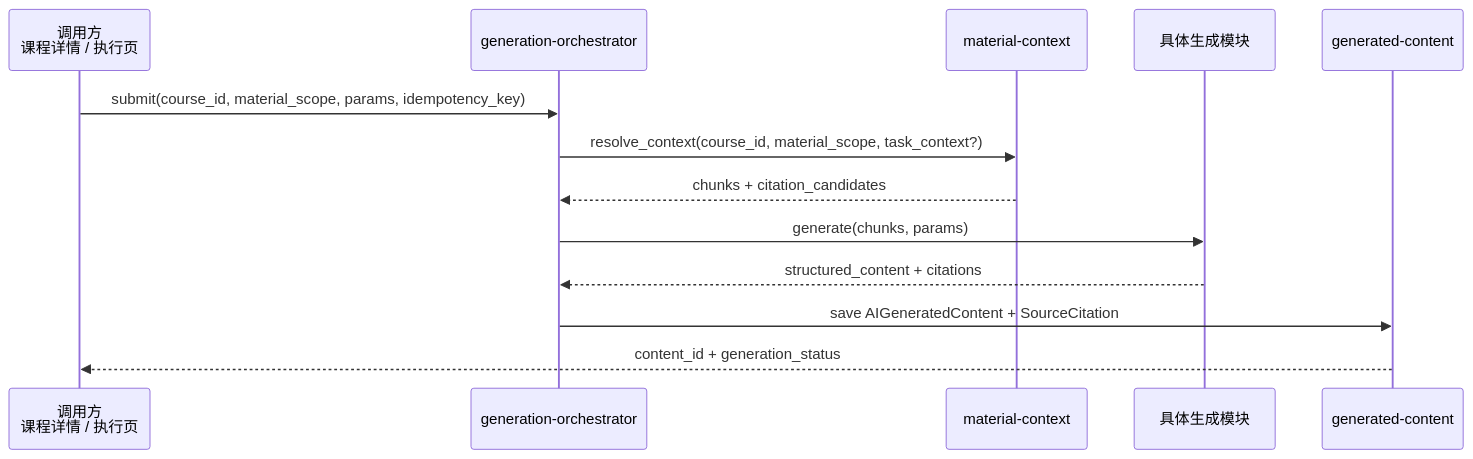
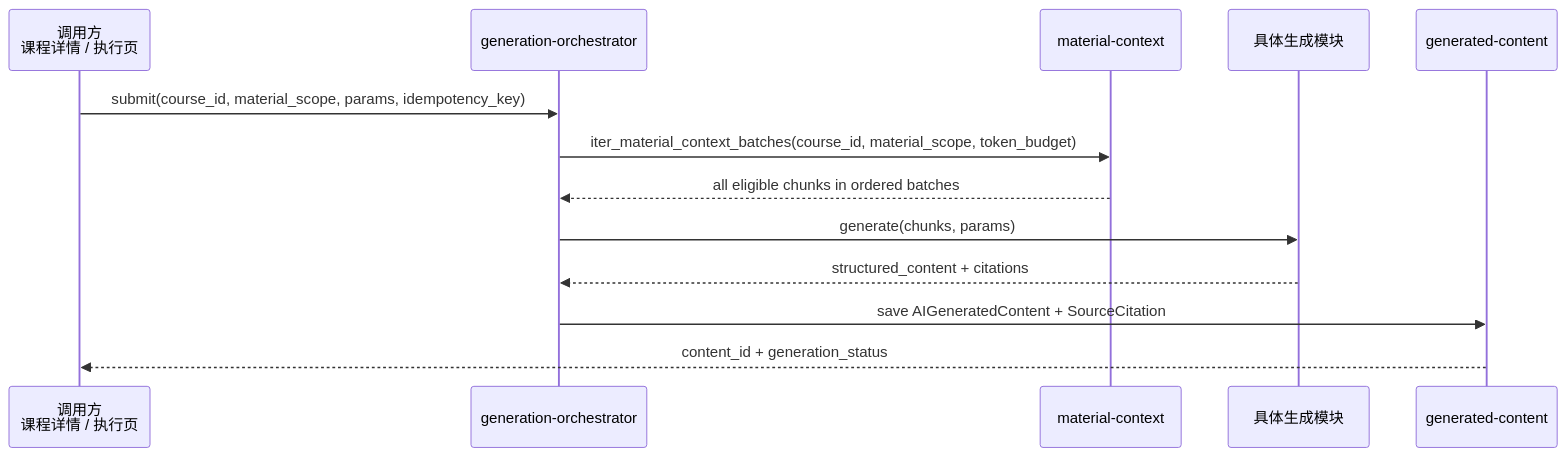
One commit to cyruan815/CourseNexus changed the second of 2 diagrams in docs/architecture/module-boundaries.md. Above: the diagram before and after it, drawn with Mermaid. The commit also changed other lines of this file and 15 other files, not shown here.

Commit message:
docs(architecture): 记录本地 RAG 业务与技术方案

````diff
--- a/docs/architecture/module-boundaries.md
+++ b/docs/architecture/module-boundaries.md
@@ -135,16 +135,16 @@
 ```mermaid
 sequenceDiagram
     participant Caller as 调用方<br/>课程详情 / 执行页
     participant Orchestrator as generation-orchestrator
     participant Context as material-context
     participant Generator as 具体生成模块
     participant Store as generated-content
 
     Caller->>Orchestrator: submit(course_id, material_scope, params, idempotency_key)
-    Orchestrator->>Context: resolve_context(course_id, material_scope, task_context?)
-    Context-->>Orchestrator: chunks + citation_candidates
+    Orchestrator->>Context: iter_material_context_batches(course_id, material_scope, token_budget)
+    Context-->>Orchestrator: all eligible chunks in ordered batches
     Orchestrator->>Generator: generate(chunks, params)
     Generator-->>Orchestrator: structured_content + citations
     Orchestrator->>Store: save AIGeneratedContent + SourceCitation
     Store-->>Caller: content_id + generation_status
 ```
````
